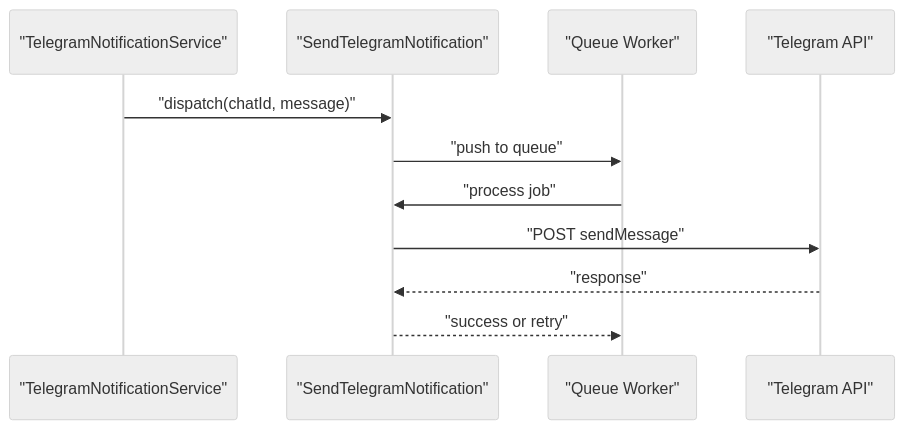
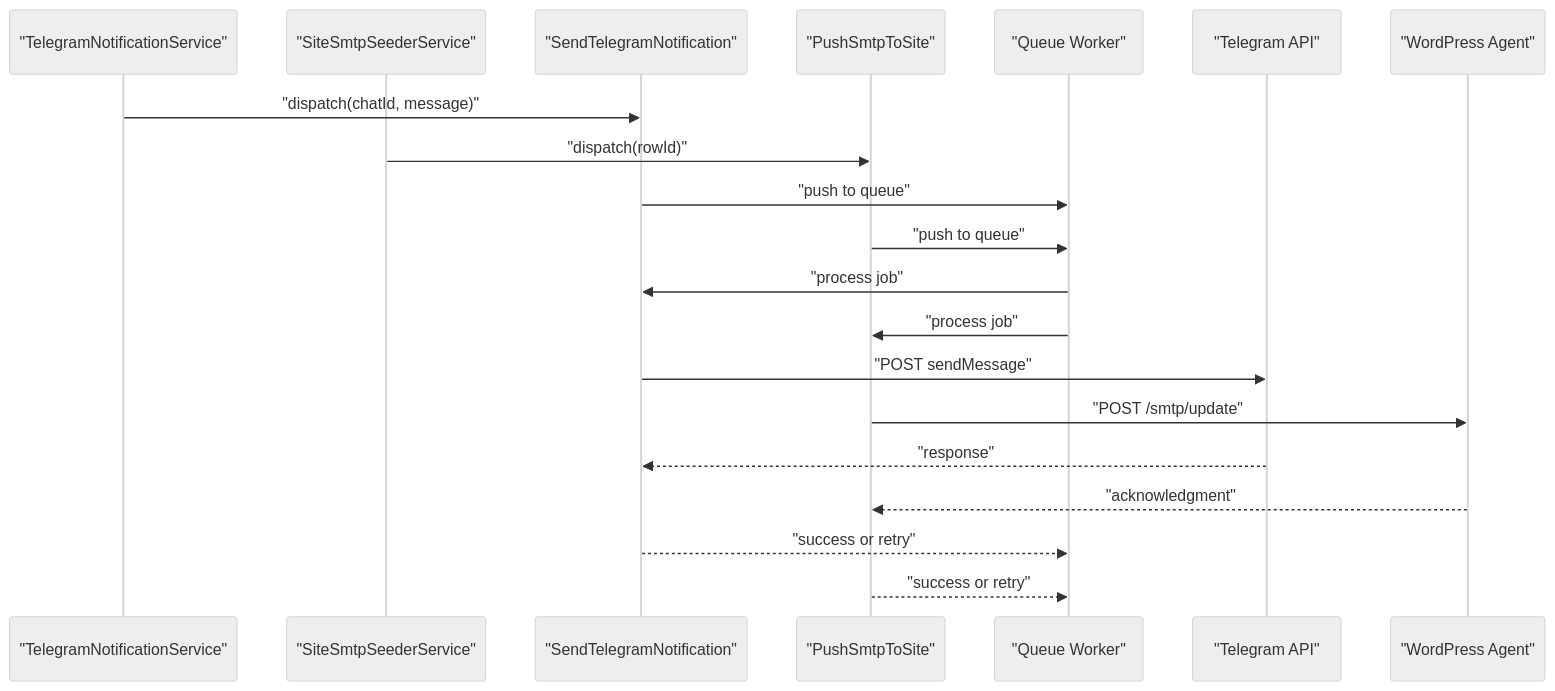
Before and after one commit to FCS-WP/website_portal: the seventh of 14 diagrams in .qoder/repowiki/en/content/Backend Architecture (Laravel)/Backend Architecture (Laravel).md, drawn with Mermaid (neutral theme). The commit also changed other lines of this file and 30 other files, not shown here.

````diff
--- a/.qoder/repowiki/en/content/Backend Architecture (Laravel)/Backend Architecture (Laravel).md
+++ b/.qoder/repowiki/en/content/Backend Architecture (Laravel)/Backend Architecture (Laravel).md
@@ -327,13 +394,22 @@
 ```mermaid
 sequenceDiagram
 participant Svc as "TelegramNotificationService"
+participant SMTPSvc as "SiteSmtpSeederService"
 participant Job as "SendTelegramNotification"
+participant SMTPJob as "PushSmtpToSite"
 participant Q as "Queue Worker"
 participant API as "Telegram API"
+participant Agent as "WordPress Agent"
 Svc->>Job : "dispatch(chatId, message)"
+SMTPSvc->>SMTPJob : "dispatch(rowId)"
 Job->>Q : "push to queue"
+SMTPJob->>Q : "push to queue"
 Q->>Job : "process job"
+Q->>SMTPJob : "process job"
 Job->>API : "POST sendMessage"
+SMTPJob->>Agent : "POST /smtp/update"
 API-->>Job : "response"
+Agent-->>SMTPJob : "acknowledgment"
 Job-->>Q : "success or retry"
+SMTPJob-->>Q : "success or retry"
 ```
````
